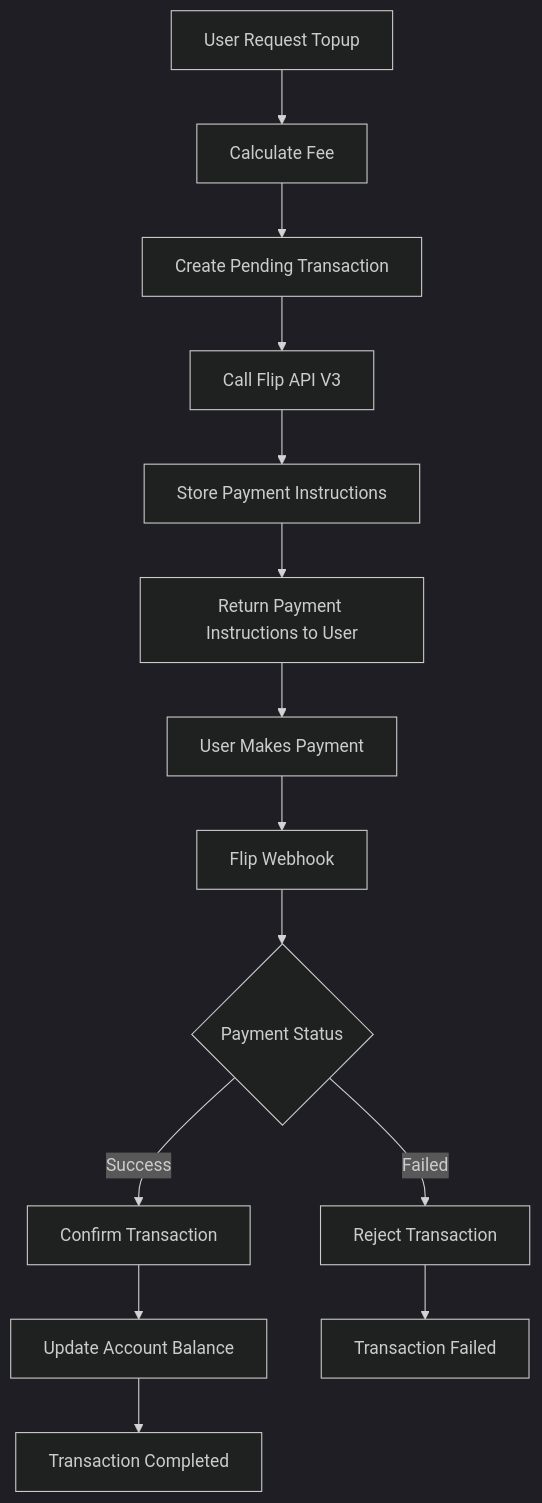
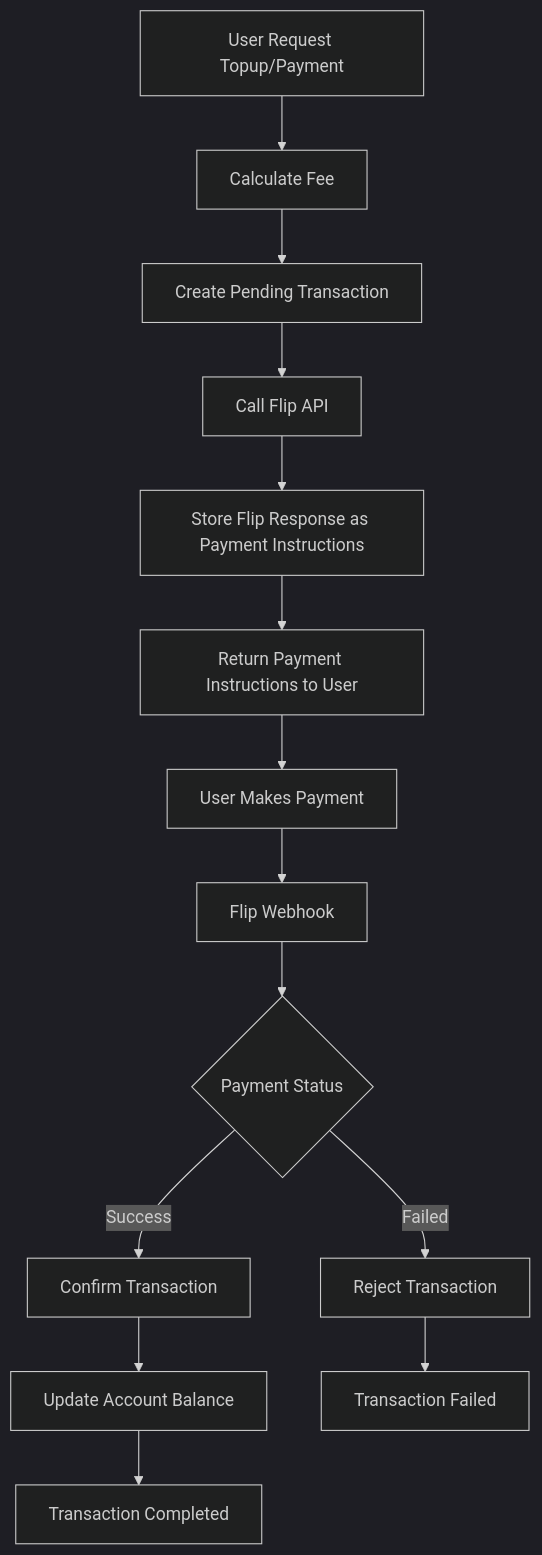
One commit to ptkoneksa/safatanc-connect-web changed the first of 2 diagrams in gsalt_docs.md. Above: the diagram before and after it, drawn with Mermaid (dark theme). The commit also changed other lines of this file and 8 other files, not shown here.

````diff
--- a/gsalt_docs.md
+++ b/gsalt_docs.md
@@ -86,16 +7,16 @@
 ```mermaid
 graph TD
-    A[User Request Topup] --> B[Calculate Fee]
+    A[User Request Topup/Payment] --> B[Calculate Fee]
     B --> C[Create Pending Transaction]
-    C --> D[Call Flip API V3]
-    D --> E[Store Payment Instructions]
+    C --> D[Call Flip API]
+    D --> E[Store Flip Response as Payment Instructions]
     E --> F[Return Payment Instructions to User]
     F --> G[User Makes Payment]
     G --> H[Flip Webhook]
     H --> I{Payment Status}
     I -->|Success| J[Confirm Transaction]
     I -->|Failed| K[Reject Transaction]
     J --> L[Update Account Balance]
     L --> M[Transaction Completed]
     K --> N[Transaction Failed]
 ```
````
